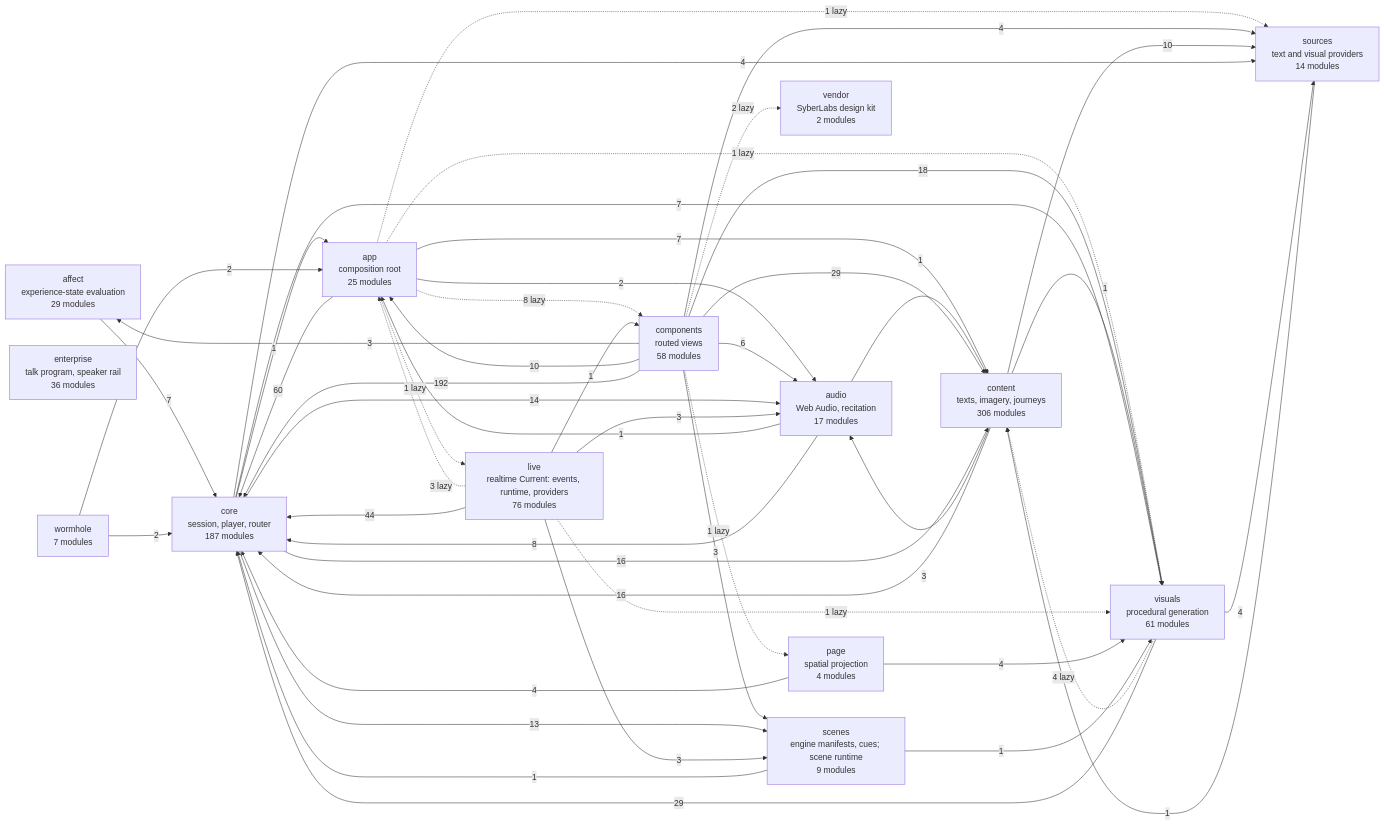
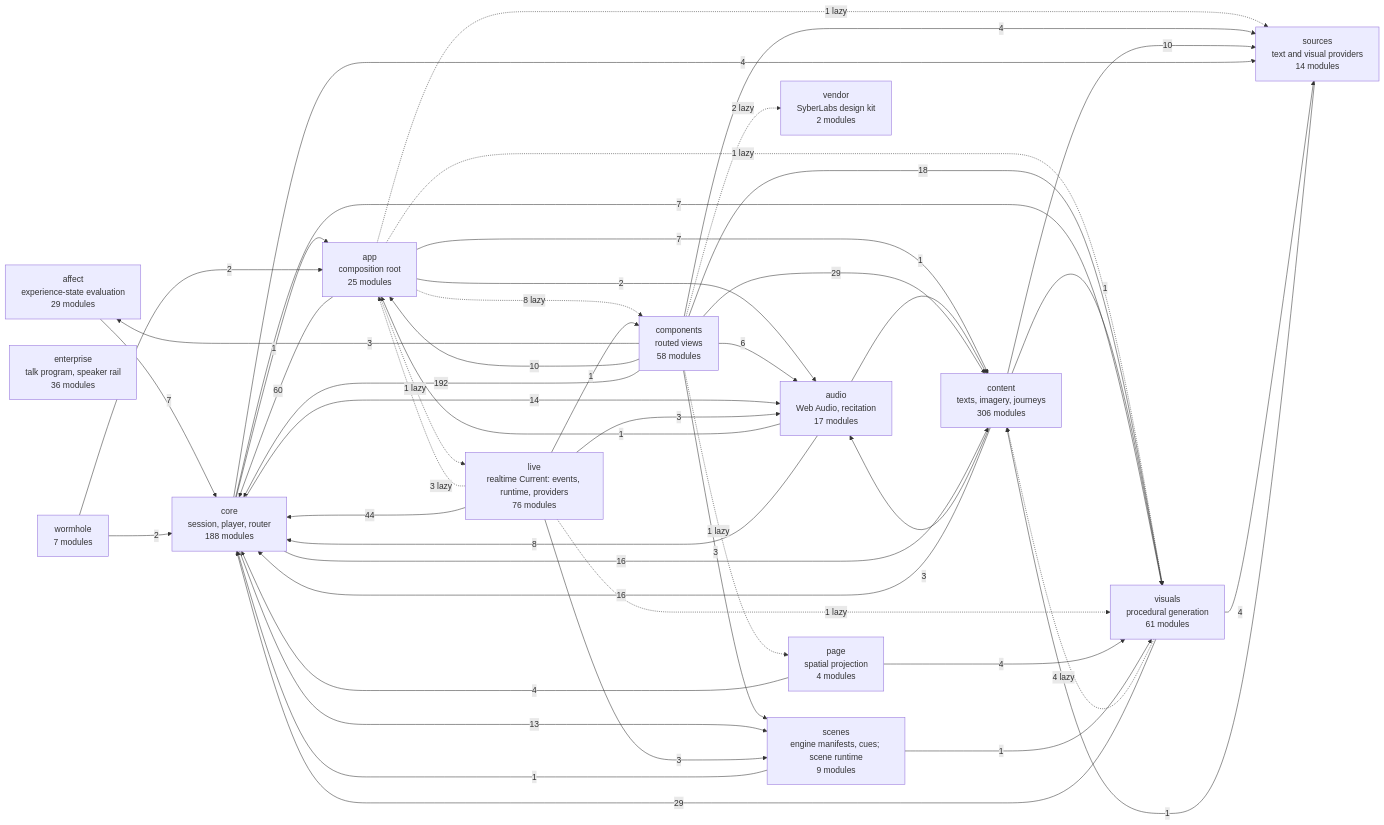
Before and after one commit to SyberLabs/RISE: the diagram in docs/specs/ARCHITECTURE.md, drawn with Mermaid. The commit also changed 17 other files, not shown here.

````diff
--- a/docs/specs/ARCHITECTURE.md
+++ b/docs/specs/ARCHITECTURE.md
@@ -161,65 +161,65 @@
 ```mermaid
 flowchart LR
     affect["affect<br/>experience-state evaluation<br/>29 modules"]
     app["app<br/>composition root<br/>25 modules"]
     audio["audio<br/>Web Audio, recitation<br/>17 modules"]
     components["components<br/>routed views<br/>58 modules"]
     content["content<br/>texts, imagery, journeys<br/>306 modules"]
-    core["core<br/>session, player, router<br/>187 modules"]
+    core["core<br/>session, player, router<br/>188 modules"]
     enterprise["enterprise<br/>talk program, speaker rail<br/>36 modules"]
     live["live<br/>realtime Current: events, runtime, providers<br/>76 modules"]
     page["page<br/>spatial projection<br/>4 modules"]
     scenes["scenes<br/>engine manifests, cues; scene runtime<br/>9 modules"]
     sources["sources<br/>text and visual providers<br/>14 modules"]
     vendor["vendor<br/>SyberLabs design kit<br/>2 modules"]
     visuals["visuals<br/>procedural generation<br/>61 modules"]
     wormhole["wormhole<br/>7 modules"]
 
     affect --> |7| core
     app --> |2| audio
     app -.-> |8 lazy| components
     app --> |7| content
     app --> |60| core
     app -.-> |1 lazy| live
     app -.-> |1 lazy| sources
     app -.-> |1 lazy| visuals
     audio --> |1| app
     audio --> |1| content
     audio --> |8| core
     components --> |3| affect
     components --> |10| app
     components --> |6| audio
     components --> |29| content
     components --> |192| core
     components -.-> |1 lazy| page
     components --> |3| scenes
     components --> |4| sources
     components -.-> |2 lazy| vendor
     components --> |18| visuals
     content --> |3| audio
     content --> |16| core
     content --> |10| sources
     content --> |1| visuals
     core --> |1| app
     core --> |14| audio
     core --> |16| content
     core --> |13| scenes
     core --> |4| sources
     core --> |7| visuals
     live -.-> |3 lazy| app
     live --> |3| audio
     live --> |1| components
     live --> |44| core
     live --> |3| scenes
     live -.-> |1 lazy| visuals
     page --> |4| core
     page --> |4| visuals
     scenes --> |1| core
     scenes --> |1| visuals
     sources --> |1| content
     visuals -.-> |4 lazy| content
     visuals --> |29| core
     visuals --> |4| sources
     wormhole --> |2| app
     wormhole --> |2| core
 ```
````
